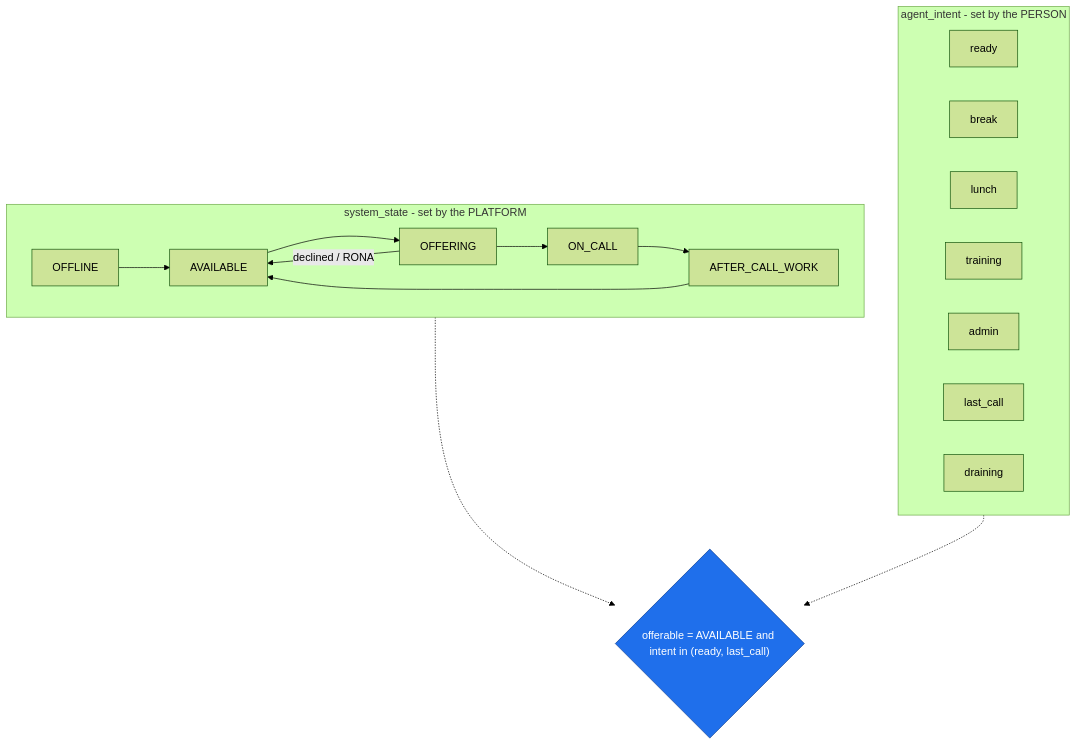
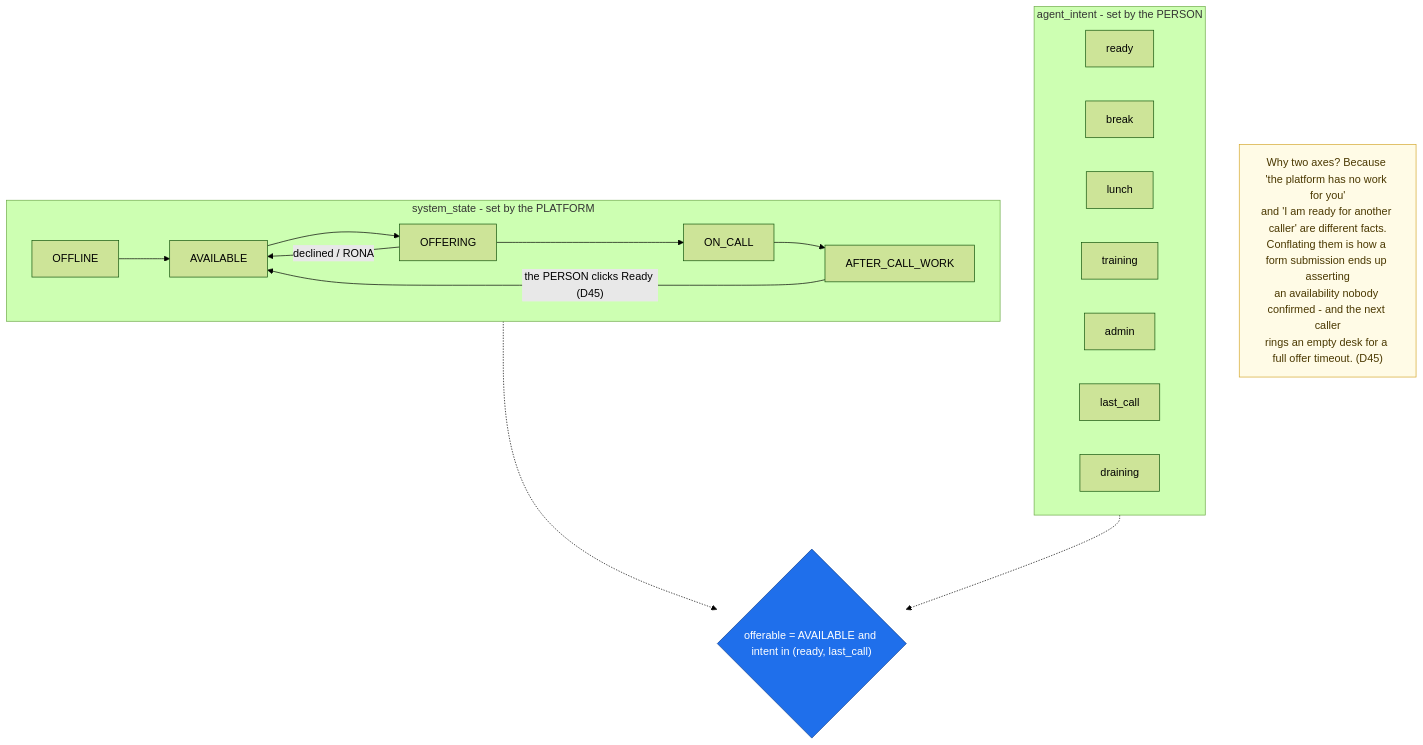
Before and after one commit to anakom-suvonvorn/Krungsri-ReadyCall: the diagram in docs/diagrams/src/agent_state.mmd, drawn with Mermaid (forest theme). The commit also changed 27 other files, not shown here.

First line of the commit message:
identity+acw: keypad capture is untyped and agent-attested (D44); only the person ends ACW (D45)

```diff
--- a/docs/diagrams/src/agent_state.mmd
+++ b/docs/diagrams/src/agent_state.mmd
@@ -1,25 +1,31 @@
 %% GENERATED by scripts/gen_diagrams.py - do not edit by hand.
-%% Source of truth: readycall.domain.enums.AgentSystemState + AgentIntent (D33)
+%% Source of truth: readycall.domain.enums.AgentSystemState + AgentIntent (D33, D45)
 flowchart TB
     subgraph sys["system_state - set by the PLATFORM"]
         direction LR
         OFFLINE --> AVAILABLE
         AVAILABLE --> OFFERING
         OFFERING --> ON_CALL
         ON_CALL --> AFTER_CALL_WORK
-        AFTER_CALL_WORK --> AVAILABLE
+        AFTER_CALL_WORK -- "the PERSON clicks Ready (D45)" --> AVAILABLE
         OFFERING -- declined / RONA --> AVAILABLE
     end
     subgraph person["agent_intent - set by the PERSON"]
         direction LR
         I_READY["ready"]
         I_BREAK["break"]
         I_LUNCH["lunch"]
         I_TRAINING["training"]
         I_ADMIN["admin"]
         I_LAST_CALL["last_call"]
         I_DRAINING["draining"]
     end
     sys -.-> ELIGIBLE{"offerable = AVAILABLE and intent in (ready, last_call)"}:::gate
     person -.-> ELIGIBLE
+    NOTE["Why two axes? Because 'the platform has no work for you'
+and 'I am ready for another caller' are different facts.
+Conflating them is how a form submission ends up asserting
+an availability nobody confirmed - and the next caller
+rings an empty desk for a full offer timeout. (D45)"]:::note
     classDef gate fill:#1f6feb,stroke:#0b3d91,color:#fff
+    classDef note fill:#fffbe6,stroke:#d4a72c,color:#4a3800
```
